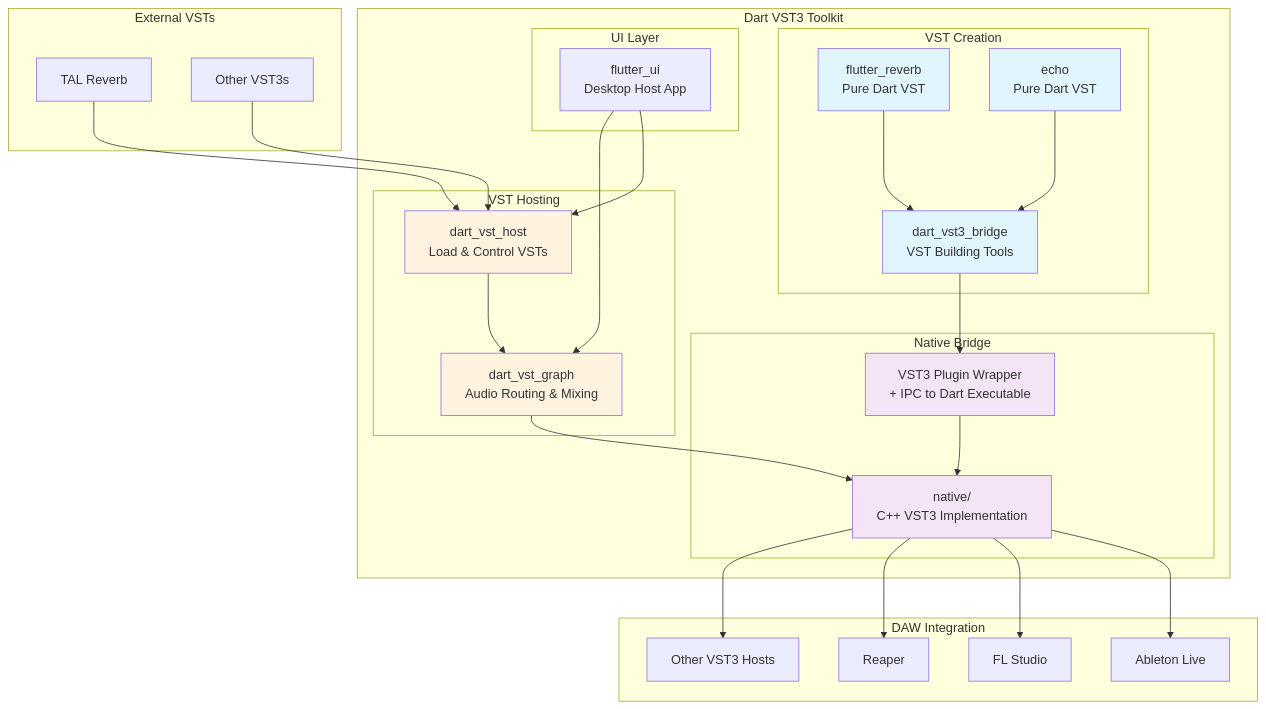
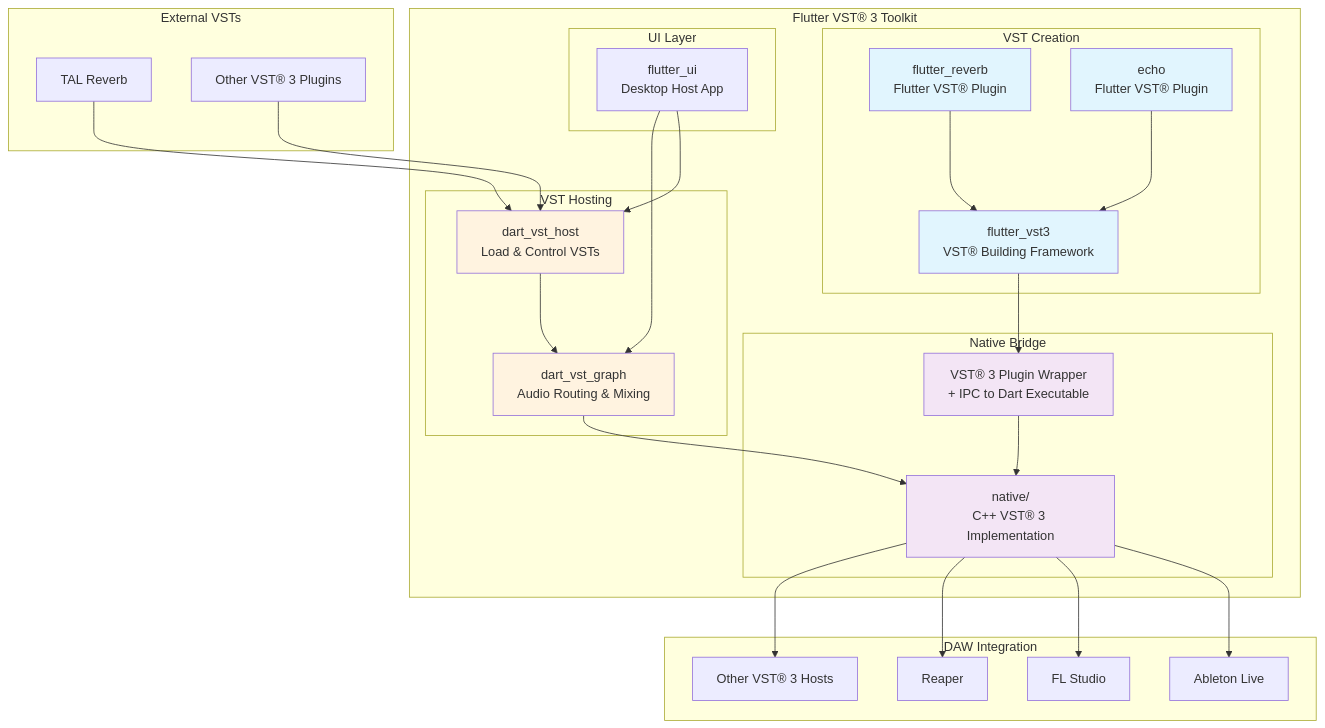
One commit to MelbourneDeveloper/flutter_vst3 changed the first of 2 diagrams in README.md. Above: the diagram before and after it, drawn with Mermaid. The commit also changed other lines of this file and 36 other files, not shown here.

````diff
--- a/README.md
+++ b/README.md
@@ -13,66 +15,66 @@
 ```mermaid
 graph TB
     subgraph "DAW Integration"
         DAW1[Ableton Live]
         DAW2[FL Studio]
         DAW3[Reaper]
-        DAW4[Other VST3 Hosts]
+        DAW4[Other VST® 3 Hosts]
     end
     
-    subgraph "Dart VST3 Toolkit"
+    subgraph "Flutter VST® 3 Toolkit"
         subgraph "VST Creation"
-            FR[flutter_reverb<br/>Pure Dart VST]
-            ECHO[echo<br/>Pure Dart VST]
-            DVST[dart_vst3_bridge<br/>VST Building Tools]
+            FR[flutter_reverb<br/>Flutter VST® Plugin]
+            ECHO[echo<br/>Flutter VST® Plugin]
+            FVST[flutter_vst3<br/>VST® Building Framework]
         end
         
         subgraph "VST Hosting"
             DVH[dart_vst_host<br/>Load & Control VSTs]
             DVG[dart_vst_graph<br/>Audio Routing & Mixing]
         end
         
         subgraph "Native Bridge"
-            NL[native/<br/>C++ VST3 Implementation]
-            PL[VST3 Plugin Wrapper<br/>+ IPC to Dart Executable]
+            NL[native/<br/>C++ VST® 3 Implementation]
+            PL[VST® 3 Plugin Wrapper<br/>+ IPC to Dart Executable]
         end
         
         subgraph "UI Layer"
             FUI[flutter_ui<br/>Desktop Host App]
         end
     end
     
     subgraph "External VSTs"
         VST1[TAL Reverb]
-        VST2[Other VST3s]
+        VST2[Other VST® 3 Plugins]
     end
     
     %% VST Creation Flow
-    FR --> DVST
-    ECHO --> DVST
-    DVST --> PL
+    FR --> FVST
+    ECHO --> FVST
+    FVST --> PL
     PL --> NL
     
     %% VST Hosting Flow  
     VST1 --> DVH
     VST2 --> DVH
     DVH --> DVG
     DVG --> NL
     
     %% UI Integration
     FUI --> DVH
     FUI --> DVG
     
     %% DAW Integration
     NL --> DAW1
     NL --> DAW2
     NL --> DAW3
     NL --> DAW4
     
     style FR fill:#e1f5fe
     style ECHO fill:#e1f5fe
-    style DVST fill:#e1f5fe
+    style FVST fill:#e1f5fe
     style DVH fill:#fff3e0
     style DVG fill:#fff3e0
     style NL fill:#f3e5f5
     style PL fill:#f3e5f5
 ```
````
